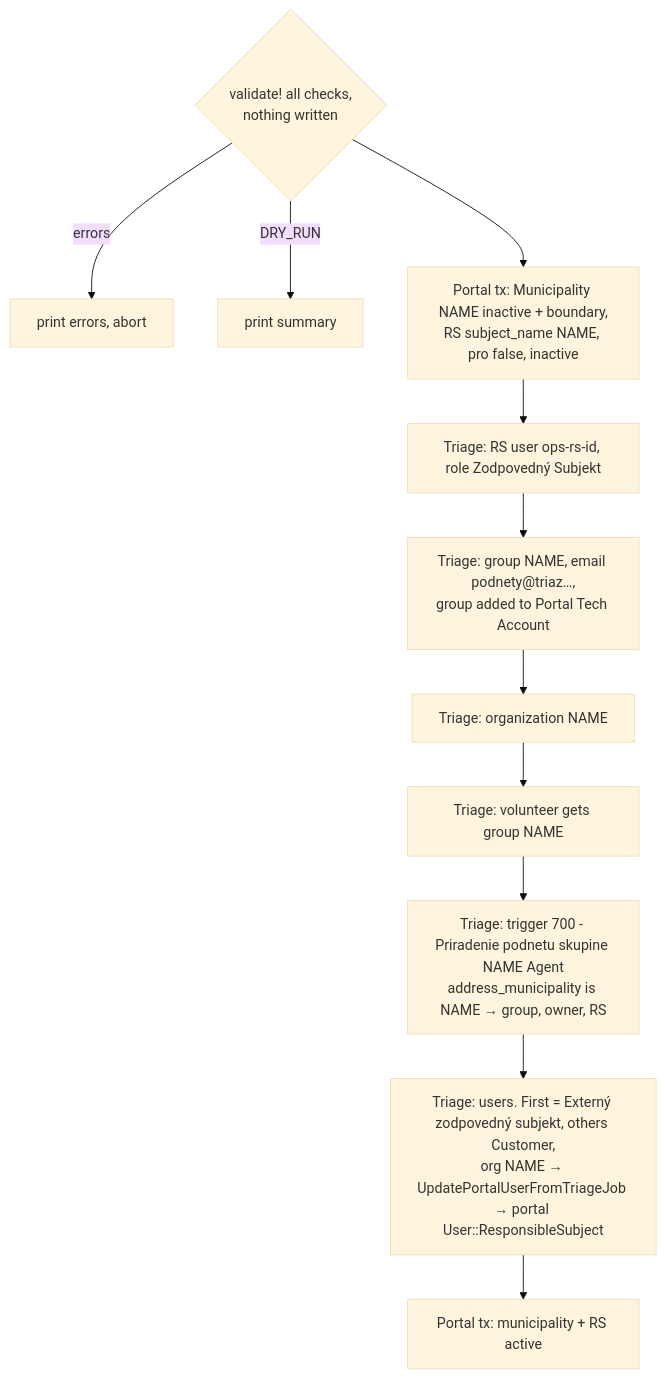
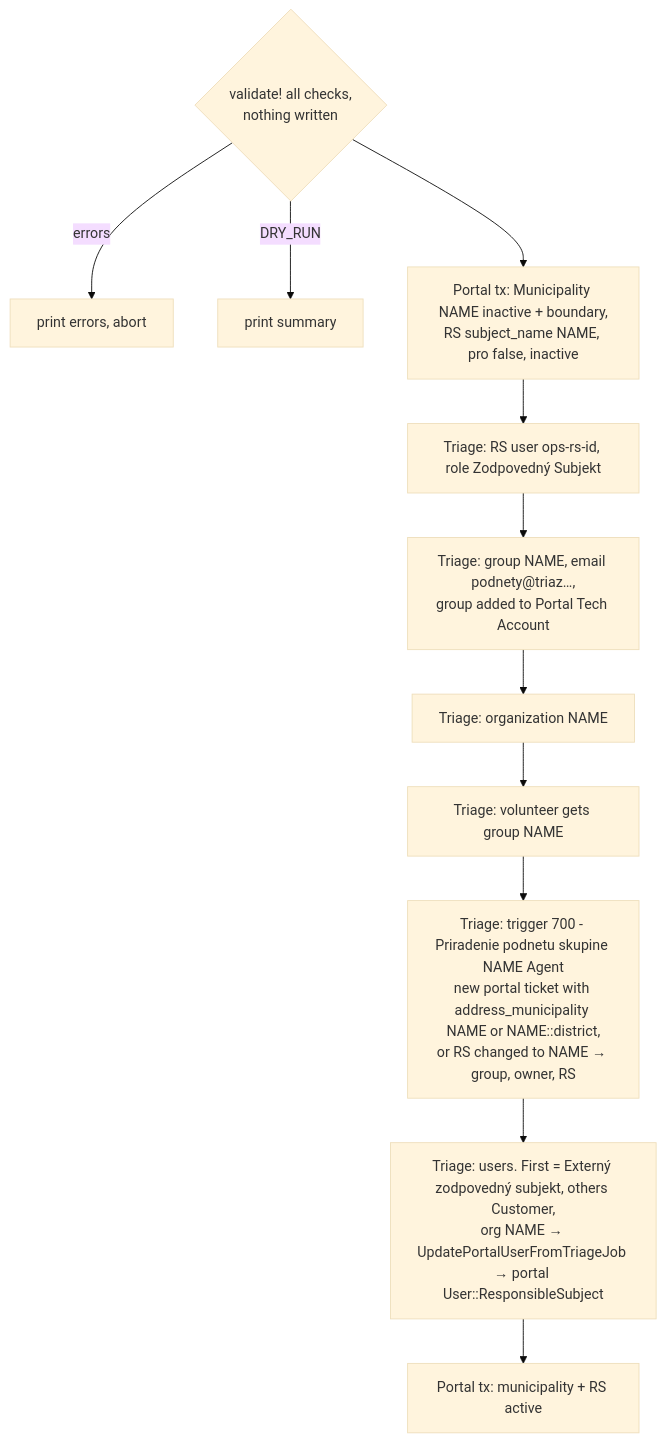
One commit to slovensko-digital/ops-portal changed the diagram in docs/how-it-works/08-onboarding.md. Above: the diagram before and after it, drawn with Mermaid (base theme). The commit also changed other lines of this file and 3 other files, not shown here.

First line of the commit message:
fix: route Triage tickets from city districts and RS changes in the 700 trigger

````diff
--- a/docs/how-it-works/08-onboarding.md
+++ b/docs/how-it-works/08-onboarding.md
@@ -18,13 +18,13 @@
 ```mermaid
 flowchart TD
   V{validate! all checks,<br/>nothing written} -->|errors| X[print errors, abort]
   V -->|DRY_RUN| S[print summary]
   V --> A[Portal tx: Municipality NAME inactive + boundary,<br/>RS subject_name NAME, pro false, inactive]
   A --> B[Triage: RS user ops-rs-id, role Zodpovedný Subjekt]
   B --> C[Triage: group NAME, email podnety@triaz…,<br/>group added to Portal Tech Account]
   C --> D[Triage: organization NAME]
   D --> E[Triage: volunteer gets group NAME]
-  E --> F[Triage: trigger 700 - Priradenie podnetu skupine NAME Agent<br/>address_municipality is NAME → group, owner, RS]
+  E --> F[Triage: trigger 700 - Priradenie podnetu skupine NAME Agent<br/>new portal ticket with address_municipality NAME or NAME::district,<br/>or RS changed to NAME → group, owner, RS]
   F --> G[Triage: users. First = Externý zodpovedný subjekt, others Customer,<br/>org NAME → UpdatePortalUserFromTriageJob → portal User::ResponsibleSubject]
   G --> H[Portal tx: municipality + RS active]
 ```
````
